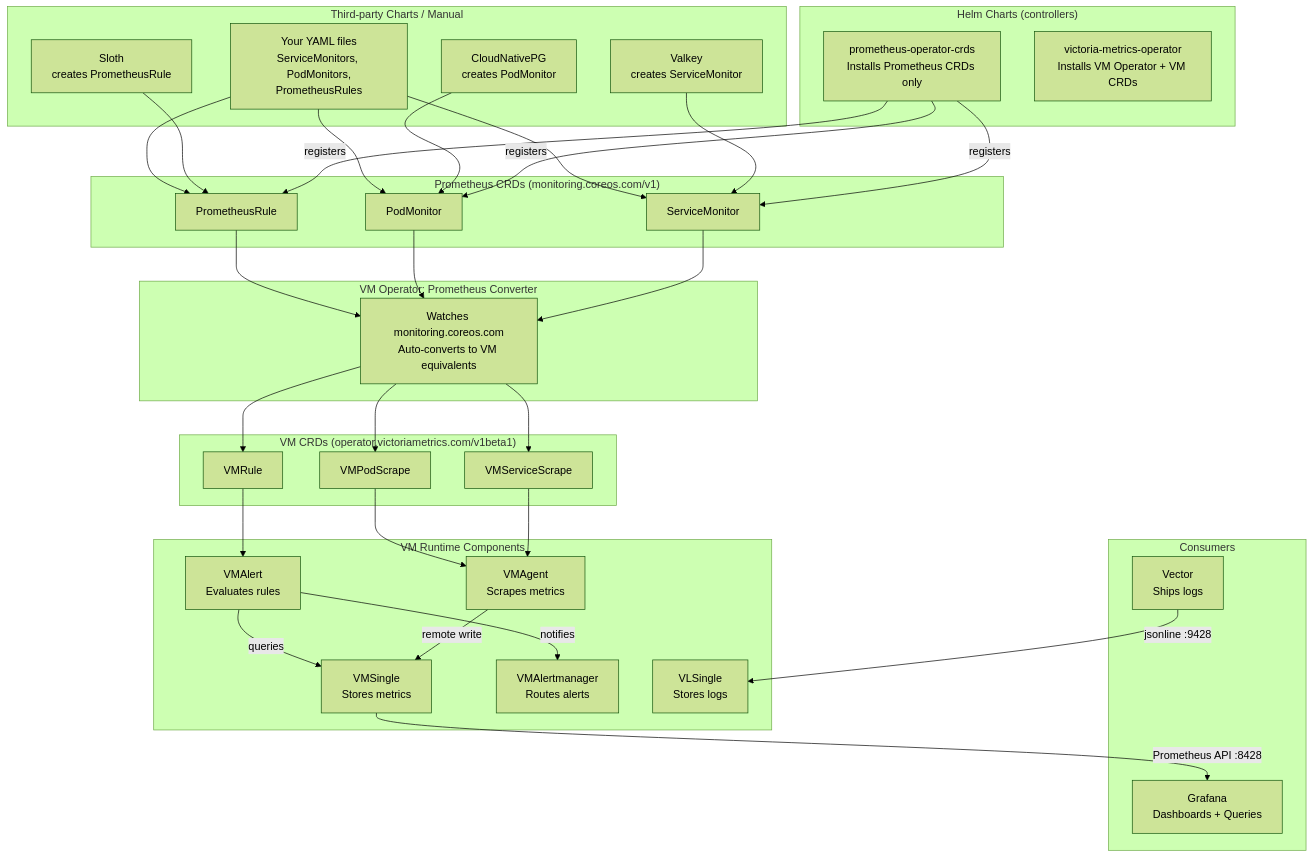
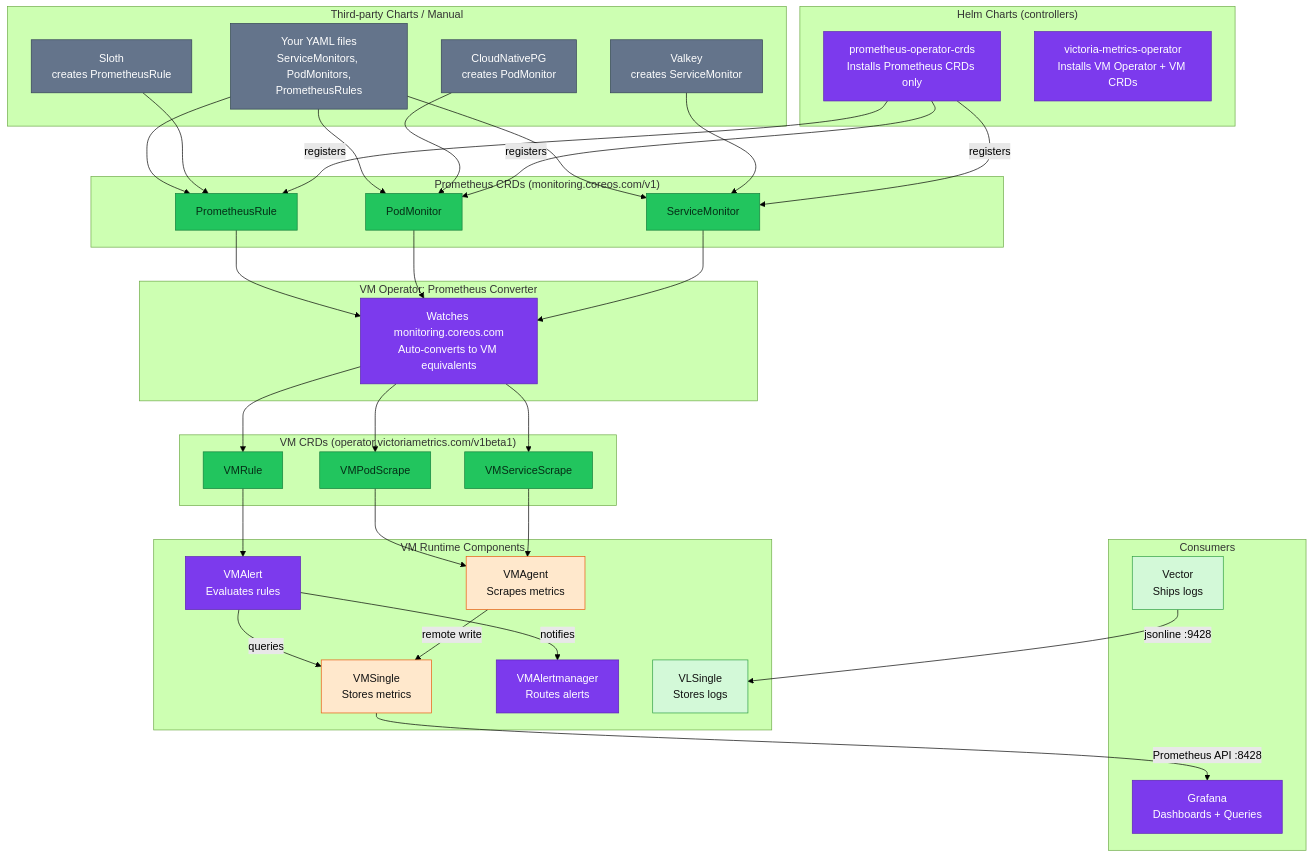
The first of 6 diagrams in docs/observability/metrics/victoriametrics.md (duynhlab/homelab), drawn with Mermaid (forest theme) before and after one commit. The commit also changed other lines of this file and 33 other files, not shown here.

First line of the commit message:
Refresh observability diagrams (#516)

````diff
--- a/docs/observability/metrics/victoriametrics.md
+++ b/docs/observability/metrics/victoriametrics.md
@@ -75,4 +75,20 @@
 
     VMSingle -->|"Prometheus API :8428"| Grafana
     Vector -->|"jsonline :9428"| VLSingle
+
+    classDef service fill:#06b6d4,color:#082f49,stroke:#0e7490;
+    classDef edge fill:#2563eb,color:#fff,stroke:#1e3a8a;
+    classDef platform fill:#7c3aed,color:#fff,stroke:#5b21b6;
+    classDef external fill:#64748b,color:#fff,stroke:#334155;
+    classDef data fill:#22c55e,color:#052e16,stroke:#15803d;
+    classDef metric fill:#ffe8cc,color:#111,stroke:#e8590c;
+    classDef log fill:#d3f9d8,color:#111,stroke:#2f9e44;
+    classDef trace fill:#c5f6fa,color:#111,stroke:#0c8599;
+    classDef collector fill:#a5d8ff,color:#111,stroke:#1971c2;
+    class PromCRDs,VMOp,Conv,Grafana platform;
+    class SM,PM,PR,VMSS,VMPS,VMR data;
+    class Valkey,Sloth,CNPG,Manual external;
+    class VMAgent,VMSingle metric;
+    class VMAlert,VMAMgr platform;
+    class Vector,VLSingle log;
 ```
````
